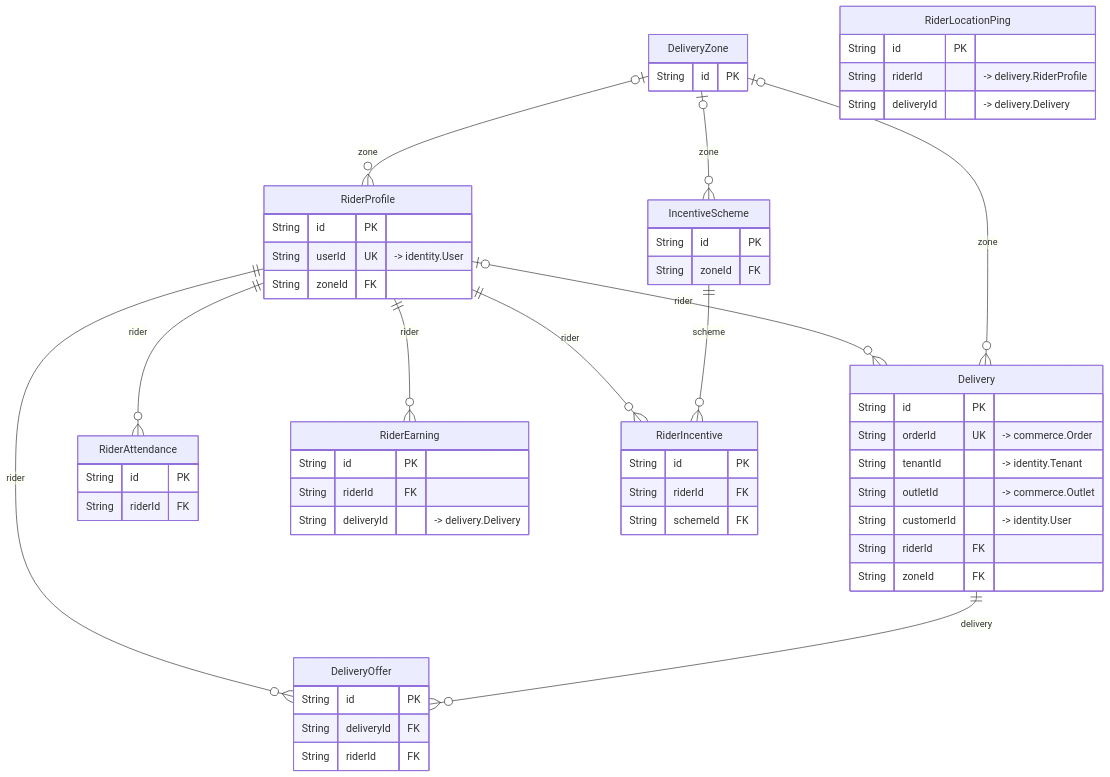
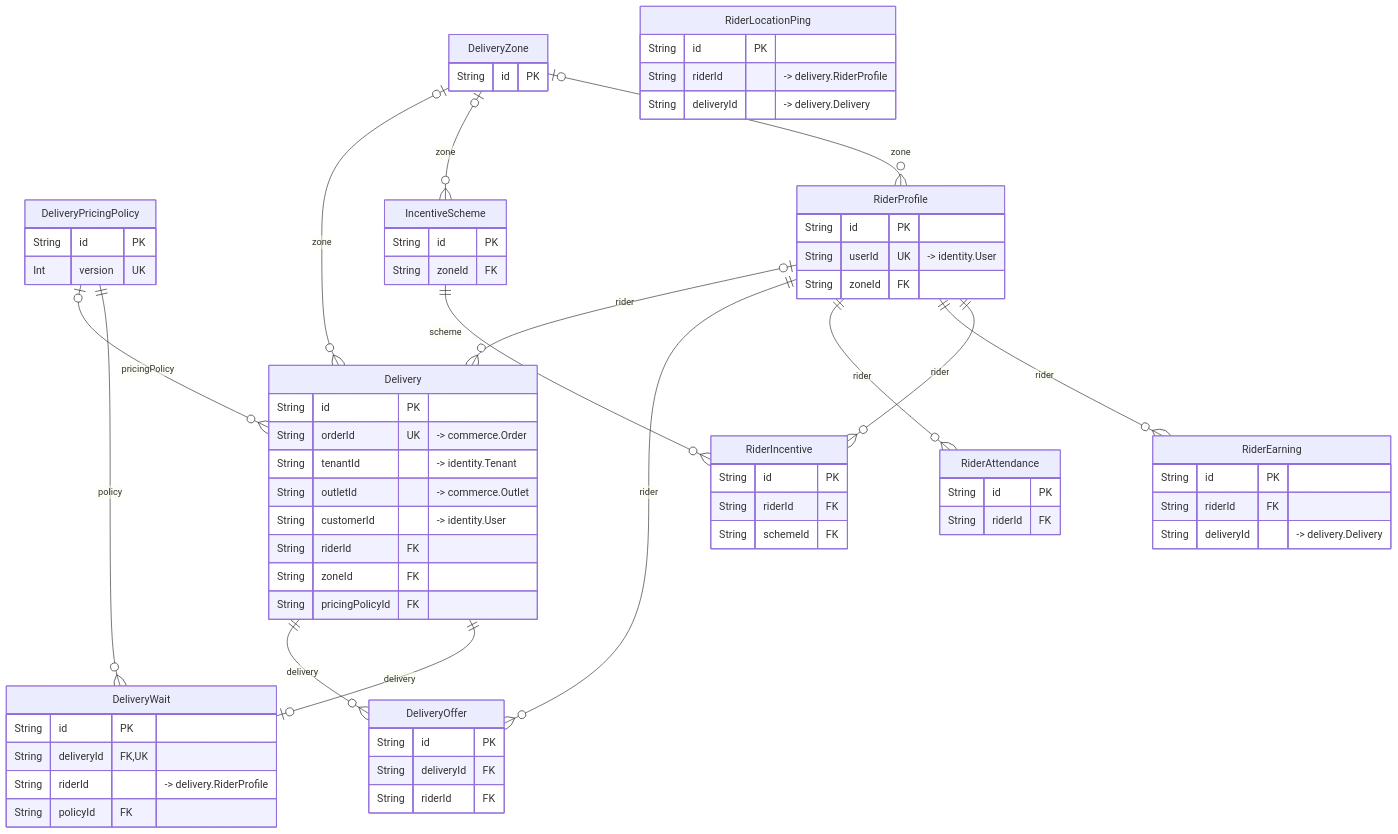
Before and after one commit to RAJIVJAZ/Alpha: the diagram in docs/database/delivery.md, drawn with Mermaid. The commit also changed other lines of this file and 44 other files, not shown here.

First line of the commit message:
Delivery pricing: flat ₹15 fee below ₹399, rider pay of max(₹33, ₹10/km), ₹3 waiting pay

````diff
--- a/docs/database/delivery.md
+++ b/docs/database/delivery.md
@@ -7,58 +7,72 @@
 ```mermaid
 erDiagram
   Delivery {
     String id PK
     String orderId UK "-> commerce.Order"
     String tenantId "-> identity.Tenant"
     String outletId "-> commerce.Outlet"
     String customerId "-> identity.User"
     String riderId FK
     String zoneId FK
+    String pricingPolicyId FK
   }
   DeliveryOffer {
     String id PK
     String deliveryId FK
     String riderId FK
+  }
+  DeliveryPricingPolicy {
+    String id PK
+    Int version UK
+  }
+  DeliveryWait {
+    String id PK
+    String deliveryId FK, UK
+    String riderId "-> delivery.RiderProfile"
+    String policyId FK
   }
   DeliveryZone {
     String id PK
   }
   IncentiveScheme {
     String id PK
     String zoneId FK
   }
   RiderAttendance {
     String id PK
     String riderId FK
   }
   RiderEarning {
     String id PK
     String riderId FK
     String deliveryId "-> delivery.Delivery"
   }
   RiderIncentive {
     String id PK
     String riderId FK
     String schemeId FK
   }
   RiderLocationPing {
     String id PK
     String riderId "-> delivery.RiderProfile"
     String deliveryId "-> delivery.Delivery"
   }
   RiderProfile {
     String id PK
     String userId UK "-> identity.User"
     String zoneId FK
   }
   Delivery ||--o{ DeliveryOffer : "delivery"
+  Delivery ||--o| DeliveryWait : "delivery"
+  DeliveryPricingPolicy |o--o{ Delivery : "pricingPolicy"
+  DeliveryPricingPolicy ||--o{ DeliveryWait : "policy"
   DeliveryZone |o--o{ Delivery : "zone"
   DeliveryZone |o--o{ IncentiveScheme : "zone"
   DeliveryZone |o--o{ RiderProfile : "zone"
   IncentiveScheme ||--o{ RiderIncentive : "scheme"
   RiderProfile |o--o{ Delivery : "rider"
   RiderProfile ||--o{ DeliveryOffer : "rider"
   RiderProfile ||--o{ RiderAttendance : "rider"
   RiderProfile ||--o{ RiderEarning : "rider"
   RiderProfile ||--o{ RiderIncentive : "rider"
 ```
````
